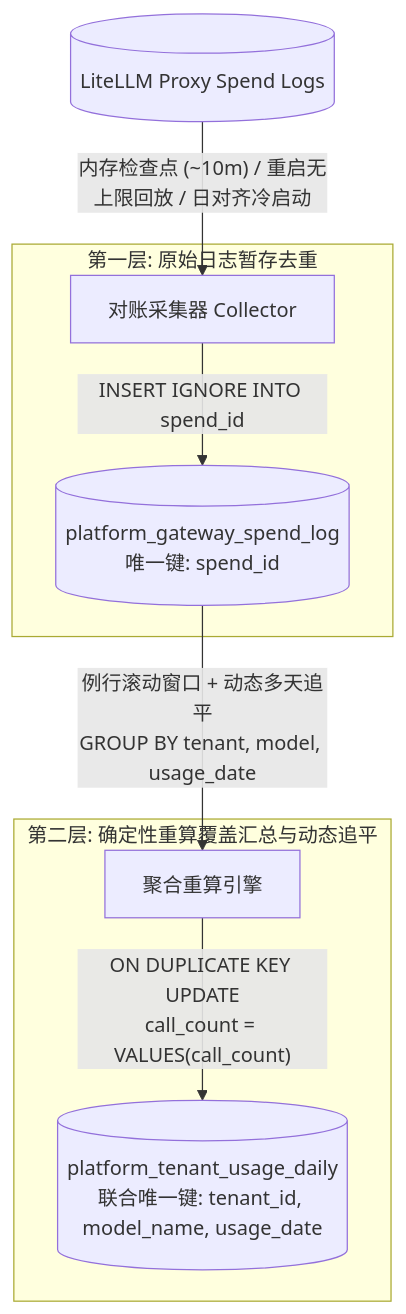
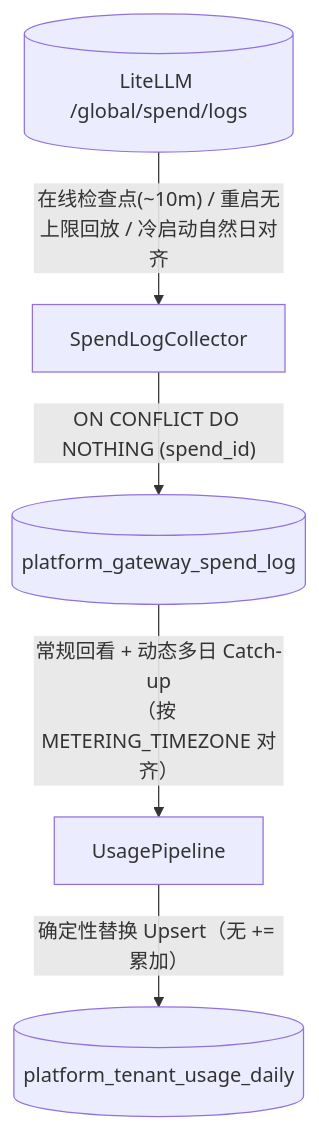
The third of 3 diagrams in extensions/model-platform/implementation-plan.zh-CN.md (Sanderhoff-alt/oh-my-ragflow), drawn with Mermaid before and after one commit. The commit also changed other lines of this file and 5 other files, not shown here.

First line of the commit message:
docs(model-platform): refactor architecture and design docs to living state

````diff
--- a/extensions/model-platform/implementation-plan.zh-CN.md
+++ b/extensions/model-platform/implementation-plan.zh-CN.md
@@ -651,13 +363,7 @@
 ```mermaid
 flowchart TD
-    LiteLLM[("LiteLLM Proxy Spend Logs")] -->|"内存检查点 (~10m) / 重启无上限回放 / 日对齐冷启动"| Collector["对账采集器 Collector"]
-
-    subgraph Tier1_Staging ["第一层: 原始日志暂存去重"]
-        Collector -->|"INSERT IGNORE INTO spend_id"| SpendLogTable[("platform_gateway_spend_log<br>唯一键: spend_id")]
-    end
-
-    subgraph Tier2_Aggregation ["第二层: 确定性重算覆盖汇总与动态追平"]
-        SpendLogTable -->|"例行滚动窗口 + 动态多天追平<br>GROUP BY tenant, model, usage_date"| RollupEngine["聚合重算引擎"]
-        RollupEngine -->|"ON DUPLICATE KEY UPDATE<br>call_count = VALUES(call_count)"| DailyTable[("platform_tenant_usage_daily<br>联合唯一键: tenant_id, model_name, usage_date")]
-    end
+    LiteLLM[("LiteLLM /global/spend/logs")] -->|"在线检查点(~10m) / 重启无上限回放 / 冷启动自然日对齐"| Collector["SpendLogCollector"]
+    Collector -->|"ON CONFLICT DO NOTHING (spend_id)"| Staging[("platform_gateway_spend_log")]
+    Staging -->|"常规回看 + 动态多日 Catch-up<br/>（按 METERING_TIMEZONE 对齐）"| Pipeline["UsagePipeline"]
+    Pipeline -->|"确定性替换 Upsert（无 += 累加）"| Daily[("platform_tenant_usage_daily")]
 ```
````
